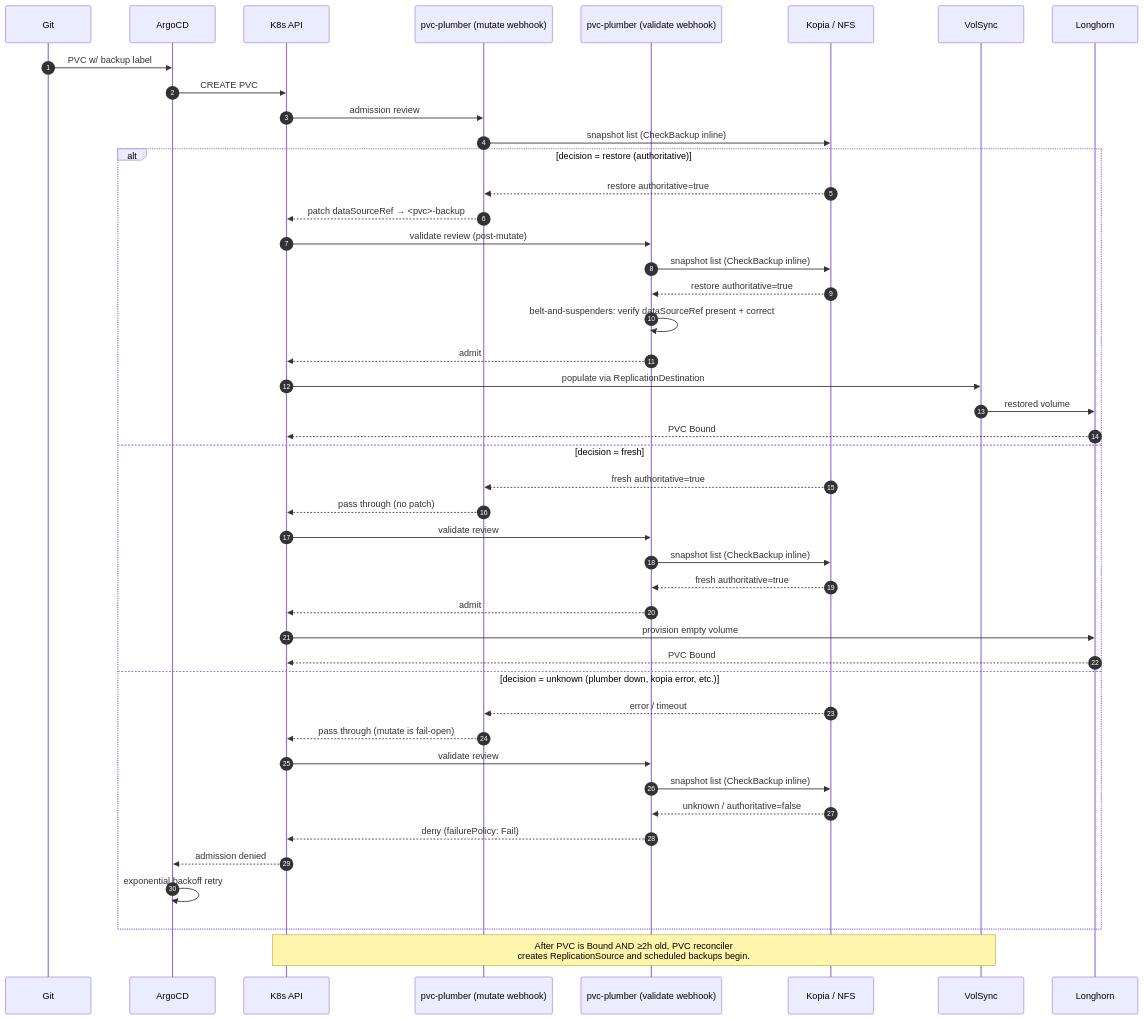
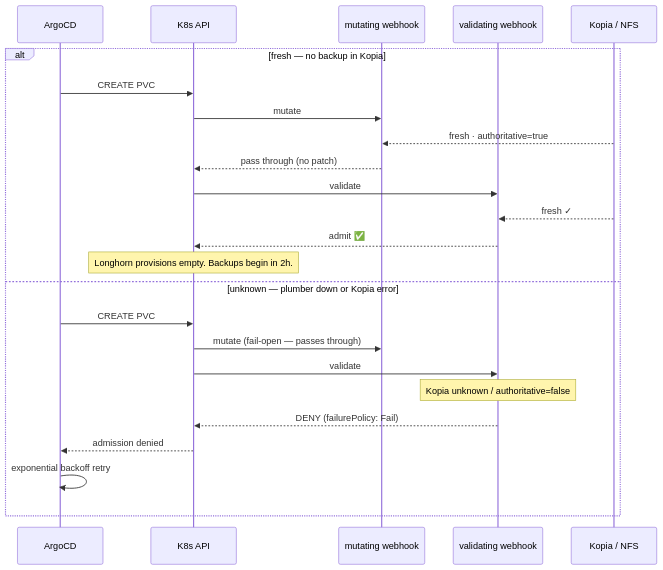
The seventh of 12 diagrams in docs/volsync-storage-recovery.md (mitchross/talos-argocd-proxmox), drawn with Mermaid before and after one commit. The commit also changed other lines of this file and 2 other files, not shown here.

````diff
--- a/docs/volsync-storage-recovery.md
+++ b/docs/volsync-storage-recovery.md
@@ -409,50 +456,27 @@
 ```mermaid
 sequenceDiagram
-    autonumber
-    participant Git
     participant Argo as ArgoCD
     participant API as K8s API
-    participant Mut as pvc-plumber (mutate webhook)
-    participant Val as pvc-plumber (validate webhook)
+    participant Mut as mutating webhook
+    participant Val as validating webhook
     participant Kopia as Kopia / NFS
-    participant VS as VolSync
-    participant LH as Longhorn
 
-    Git->>Argo: PVC w/ backup label
-    Argo->>API: CREATE PVC
-    API->>Mut: admission review
-    Mut->>Kopia: snapshot list (CheckBackup inline)
-
-    alt decision = restore (authoritative)
-        Kopia-->>Mut: restore authoritative=true
-        Mut-->>API: patch dataSourceRef → <pvc>-backup
-        API->>Val: validate review (post-mutate)
-        Val->>Kopia: snapshot list (CheckBackup inline)
-        Kopia-->>Val: restore authoritative=true
-        Val->>Val: belt-and-suspenders: verify dataSourceRef present + correct
-        Val-->>API: admit
-        API->>VS: populate via ReplicationDestination
-        VS->>LH: restored volume
-        LH-->>API: PVC Bound
-    else decision = fresh
-        Kopia-->>Mut: fresh authoritative=true
+    alt fresh — no backup in Kopia
+        Argo->>API: CREATE PVC
+        API->>Mut: mutate
+        Kopia-->>Mut: fresh · authoritative=true
         Mut-->>API: pass through (no patch)
-        API->>Val: validate review
-        Val->>Kopia: snapshot list (CheckBackup inline)
-        Kopia-->>Val: fresh authoritative=true
-        Val-->>API: admit
-        API->>LH: provision empty volume
-        LH-->>API: PVC Bound
-    else decision = unknown  (plumber down, kopia error, etc.)
-        Kopia-->>Mut: error / timeout
-        Mut-->>API: pass through (mutate is fail-open)
-        API->>Val: validate review
-        Val->>Kopia: snapshot list (CheckBackup inline)
-        Kopia-->>Val: unknown / authoritative=false
-        Val-->>API: deny (failurePolicy: Fail)
+        API->>Val: validate
+        Kopia-->>Val: fresh ✓
+        Val-->>API: admit ✅
+        Note over API: Longhorn provisions empty. Backups begin in 2h.
+    else unknown — plumber down or Kopia error
+        Argo->>API: CREATE PVC
+        API->>Mut: mutate (fail-open — passes through)
+        API->>Val: validate
+        Note over Val: Kopia unknown / authoritative=false
+        Val-->>API: DENY (failurePolicy: Fail)
         API-->>Argo: admission denied
         Argo->>Argo: exponential backoff retry
     end
-
-    Note over API,VS: After PVC is Bound AND ≥2h old, PVC reconciler<br/>creates ReplicationSource and scheduled backups begin.
 ```
````
